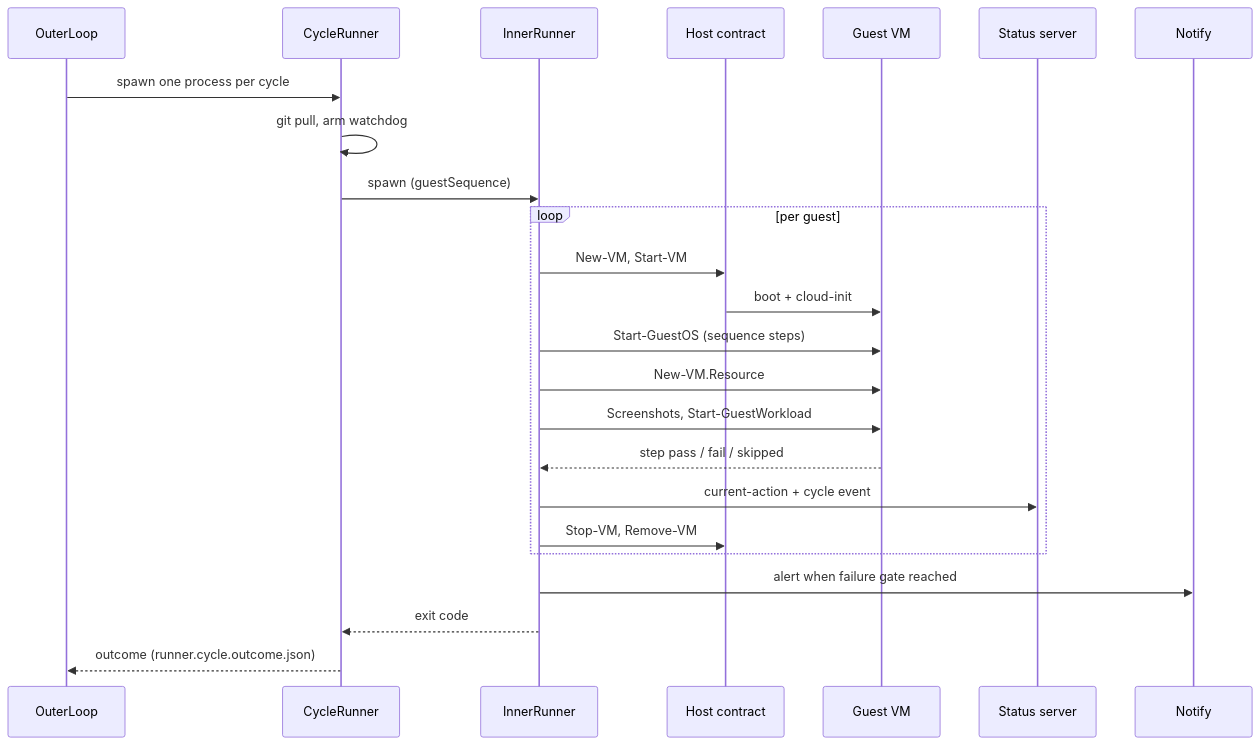
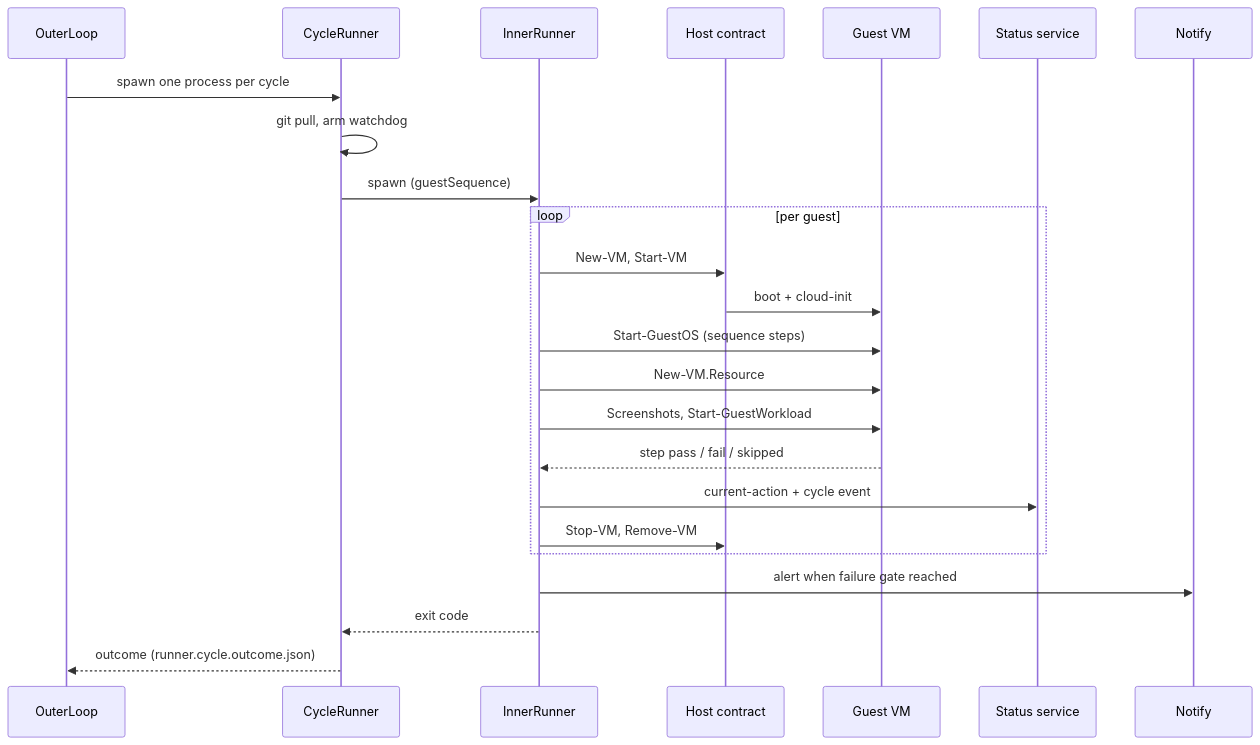
Before and after one commit to alissonsol/yuruna: the second of 4 diagrams in docs/design/03-data-flows.md, drawn with Mermaid. The commit also changed other lines of this file and 737 other files, not shown here.

````diff
--- a/docs/design/03-data-flows.md
+++ b/docs/design/03-data-flows.md
@@ -58,27 +58,27 @@
 ```mermaid
 sequenceDiagram
     participant Outer as OuterLoop
     participant Cycle as CycleRunner
     participant Inner as InnerRunner
     participant Host as Host contract
     participant Guest as Guest VM
-    participant Status as Status server
+    participant Status as Status service
     participant Notify
 
     Outer->>Cycle: spawn one process per cycle
     Cycle->>Cycle: git pull, arm watchdog
     Cycle->>Inner: spawn (guestSequence)
     loop per guest
         Inner->>Host: New-VM, Start-VM
         Host->>Guest: boot + cloud-init
         Inner->>Guest: Start-GuestOS (sequence steps)
         Inner->>Guest: New-VM.Resource
         Inner->>Guest: Screenshots, Start-GuestWorkload
         Guest-->>Inner: step pass / fail / skipped
         Inner->>Status: current-action + cycle event
         Inner->>Host: Stop-VM, Remove-VM
     end
     Inner->>Notify: alert when failure gate reached
     Inner-->>Cycle: exit code
     Cycle-->>Outer: outcome (runner.cycle.outcome.json)
 ```
````
